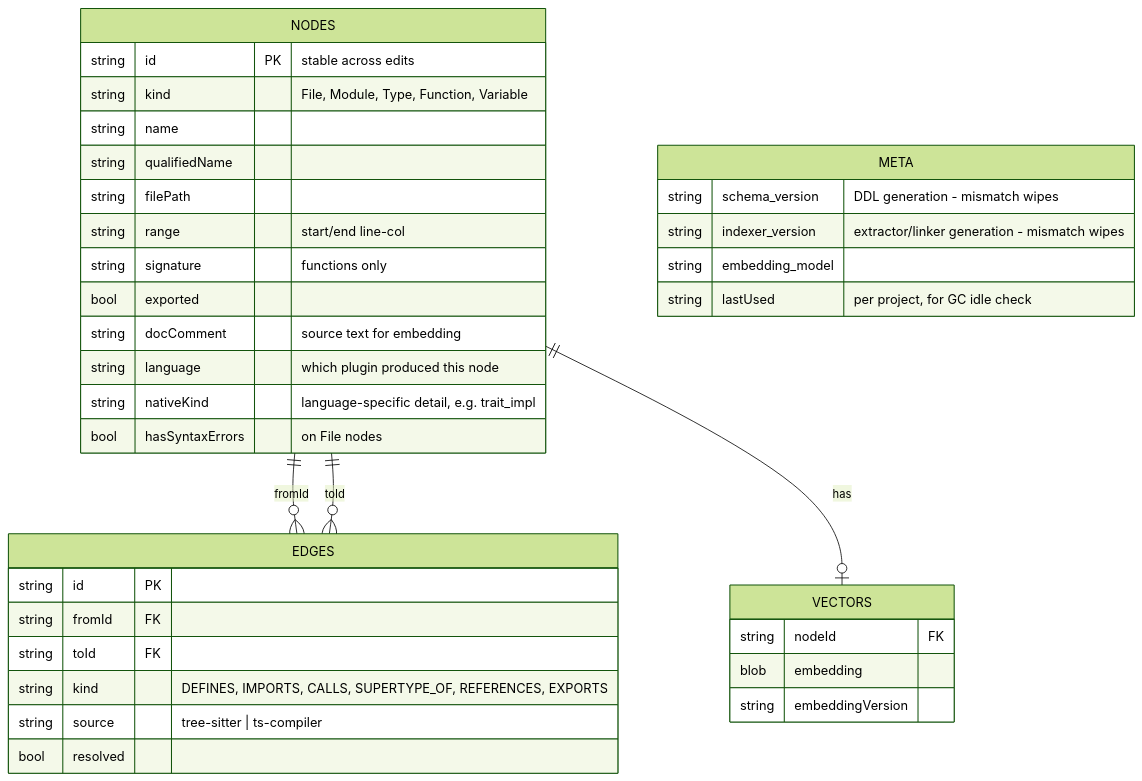
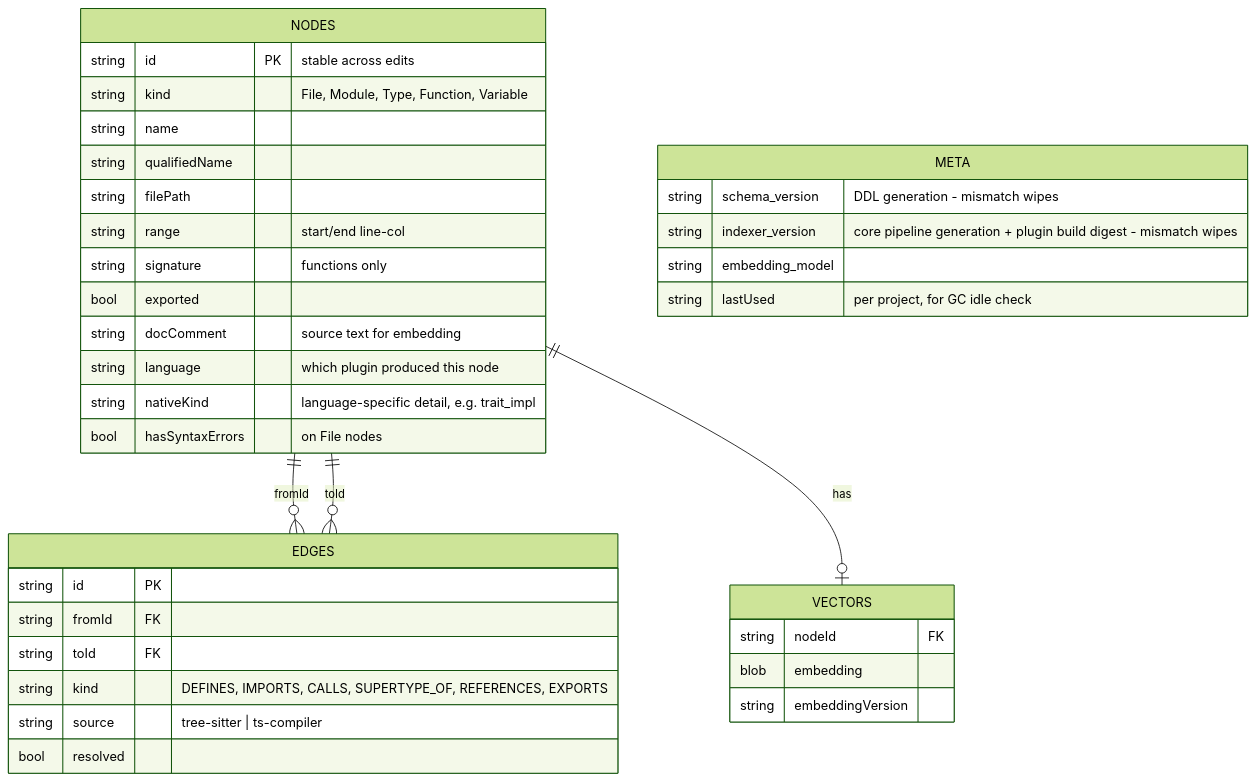
One commit to madmurdok/g-mesh changed the fifth of 5 diagrams in docs/architecture/g-mesh-v1.md. Above: the diagram before and after it, drawn with Mermaid (forest theme). The commit also changed other lines of this file and 9 other files, not shown here.

````diff
--- a/docs/architecture/g-mesh-v1.md
+++ b/docs/architecture/g-mesh-v1.md
@@ -398,39 +398,39 @@
 ```mermaid
 erDiagram
     NODES {
         string id PK "stable across edits"
         string kind "File, Module, Type, Function, Variable"
         string name
         string qualifiedName
         string filePath
         string range "start/end line-col"
         string signature "functions only"
         bool exported
         string docComment "source text for embedding"
         string language "which plugin produced this node"
         string nativeKind "language-specific detail, e.g. trait_impl"
         bool hasSyntaxErrors "on File nodes"
     }
     EDGES {
         string id PK
         string fromId FK
         string toId FK
         string kind "DEFINES, IMPORTS, CALLS, SUPERTYPE_OF, REFERENCES, EXPORTS"
         string source "tree-sitter | ts-compiler"
         bool resolved
     }
     VECTORS {
         string nodeId FK
         blob embedding
         string embeddingVersion
     }
     META {
         string schema_version "DDL generation - mismatch wipes"
-        string indexer_version "extractor/linker generation - mismatch wipes"
+        string indexer_version "core pipeline generation + plugin build digest - mismatch wipes"
         string embedding_model
         string lastUsed "per project, for GC idle check"
     }
     NODES ||--o{ EDGES : "fromId"
     NODES ||--o{ EDGES : "toId"
     NODES ||--o| VECTORS : "has"
 ```
````
